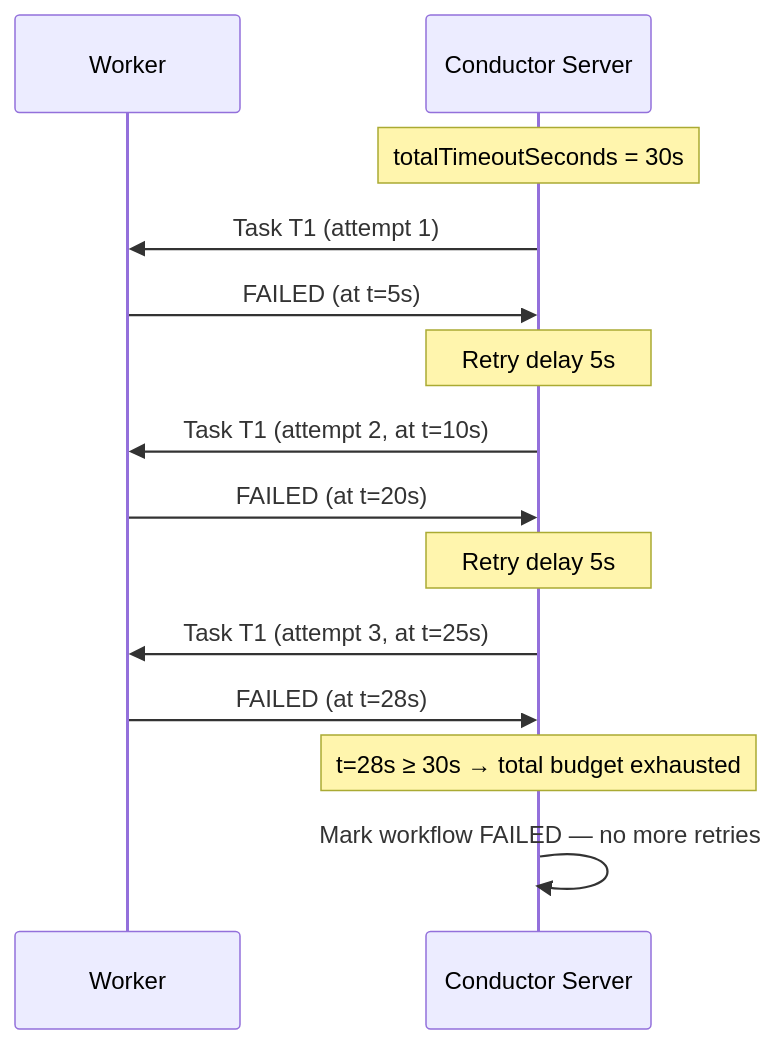
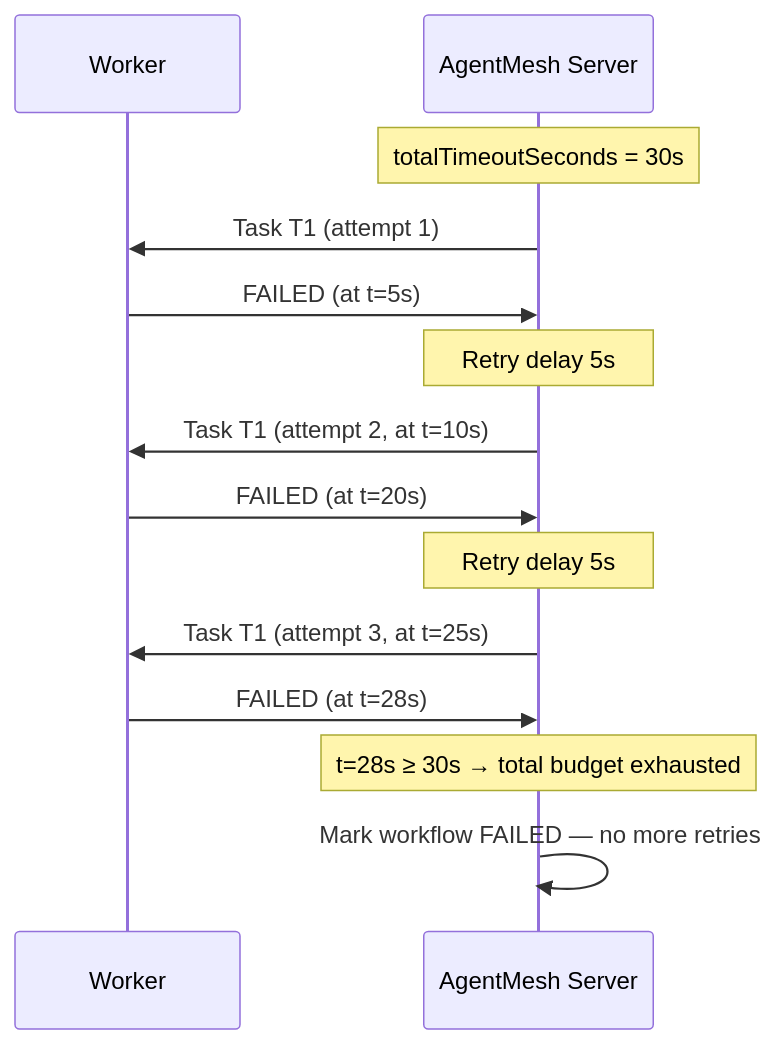
One commit to NitishKumar-ai/agemt-mesh changed the sixth of 6 diagrams in docs/devguide/architecture/tasklifecycle.md. Above: the diagram before and after it, drawn with Mermaid. The commit also changed other lines of this file and 1143 other files, not shown here.

````diff
--- a/docs/devguide/architecture/tasklifecycle.md
+++ b/docs/devguide/architecture/tasklifecycle.md
@@ -155,17 +155,17 @@
 ```mermaid
 sequenceDiagram
     participant W as Worker
-    participant C as Conductor Server
+    participant C as AgentMesh Server
 
     Note over C: totalTimeoutSeconds = 30s
     C->>W: Task T1 (attempt 1)
     W->>C: FAILED (at t=5s)
     Note over C: Retry delay 5s
     C->>W: Task T1 (attempt 2, at t=10s)
     W->>C: FAILED (at t=20s)
     Note over C: Retry delay 5s
     C->>W: Task T1 (attempt 3, at t=25s)
     W->>C: FAILED (at t=28s)
     Note over C: t=28s ≥ 30s → total budget exhausted
     C->>C: Mark workflow FAILED — no more retries
 ```
````
